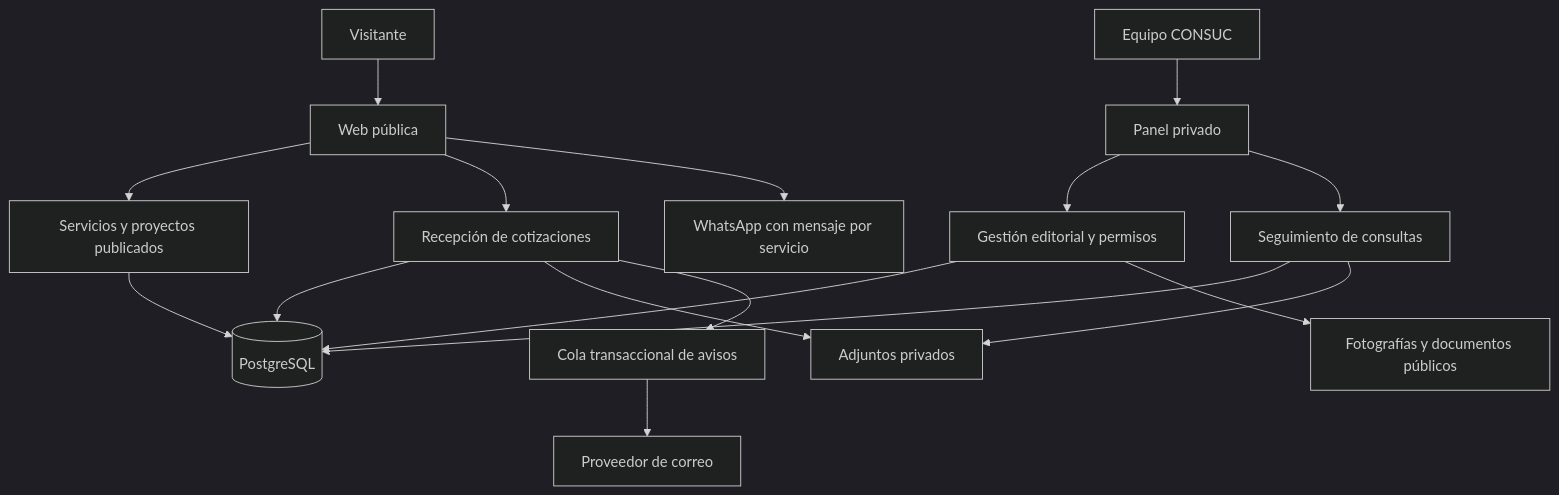
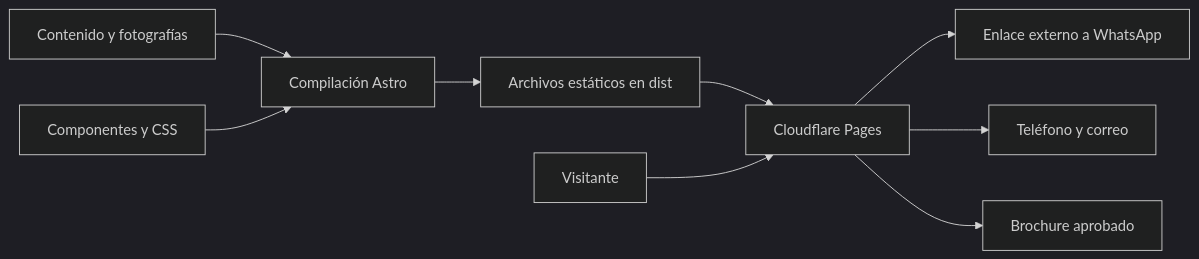
Before and after one commit to Dan1elMon/CONSUC: the diagram in docs/arquitectura.md, drawn with Mermaid (dark theme). The commit also changed other lines of this file and 4 other files, not shown here.

Commit message:
docs: adaptar arquitectura a landing estatica con Astro

````diff
--- a/docs/arquitectura.md
+++ b/docs/arquitectura.md
@@ -30,19 +33,11 @@
 ```mermaid
-flowchart TD
-  Visitante[Visitante] --> Publica[Web pública]
-  Equipo[Equipo CONSUC] --> Panel[Panel privado]
-  Publica --> Lectura[Servicios y proyectos publicados]
-  Publica --> Consultas[Recepción de cotizaciones]
-  Publica --> WhatsApp[WhatsApp con mensaje por servicio]
-  Panel --> Editorial[Gestión editorial y permisos]
-  Panel --> Seguimiento[Seguimiento de consultas]
-  Lectura --> DB[(PostgreSQL)]
-  Consultas --> DB
-  Editorial --> DB
-  Seguimiento --> DB
-  Editorial --> Publicos[Fotografías y documentos públicos]
-  Consultas --> Privados[Adjuntos privados]
-  Seguimiento --> Privados
-  Consultas --> Outbox[Cola transaccional de avisos]
-  Outbox --> Correo[Proveedor de correo]
+flowchart LR
+  Datos[Contenido y fotografías] --> Build[Compilación Astro]
+  Componentes[Componentes y CSS] --> Build
+  Build --> HTML[Archivos estáticos en dist]
+  HTML --> Pages[Cloudflare Pages]
+  Visitante[Visitante] --> Pages
+  Pages --> WhatsApp[Enlace externo a WhatsApp]
+  Pages --> Contacto[Teléfono y correo]
+  Pages --> PDF[Brochure aprobado]
 ```
````
